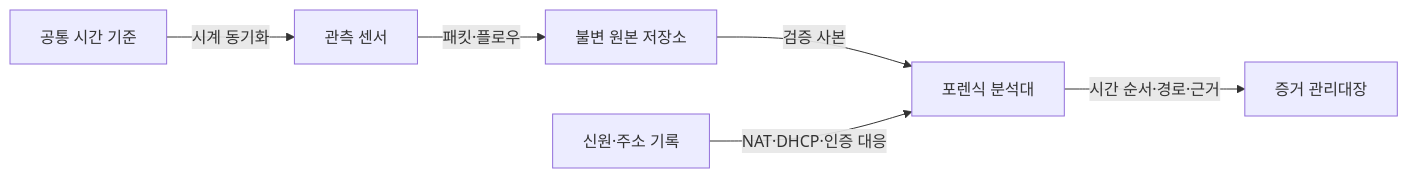
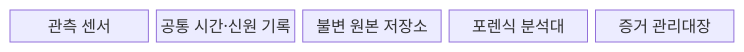
One commit to agnusdei1207/knowledge-base changed the first of 2 diagrams in src/content/docs/notes/04-network/097_network_forensics.md. Above: the diagram before and after it, drawn with Mermaid. The commit also changed other lines of this file and 21 other files, not shown here.

````diff
--- a/src/content/docs/notes/04-network/097_network_forensics.md
+++ b/src/content/docs/notes/04-network/097_network_forensics.md
@@ -54,8 +55,9 @@
 ```mermaid
-flowchart LR
-    B["공통 시간 기준"] -->|시계 동기화| A["관측 센서"]
-    A -->|패킷·플로우| C["불변 원본 저장소"]
-    C -->|검증 사본| D["포렌식 분석대"]
-    E["신원·주소 기록"] -->|NAT·DHCP·인증 대응| D
-    D -->|시간 순서·경로·근거| F["증거 관리대장"]
+block-beta
+    columns 5
+    A["관측 센서"]
+    B["공통 시간·신원 기록"]
+    C["불변 원본 저장소"]
+    D["포렌식 분석대"]
+    E["증거 관리대장"]
 ```
````
